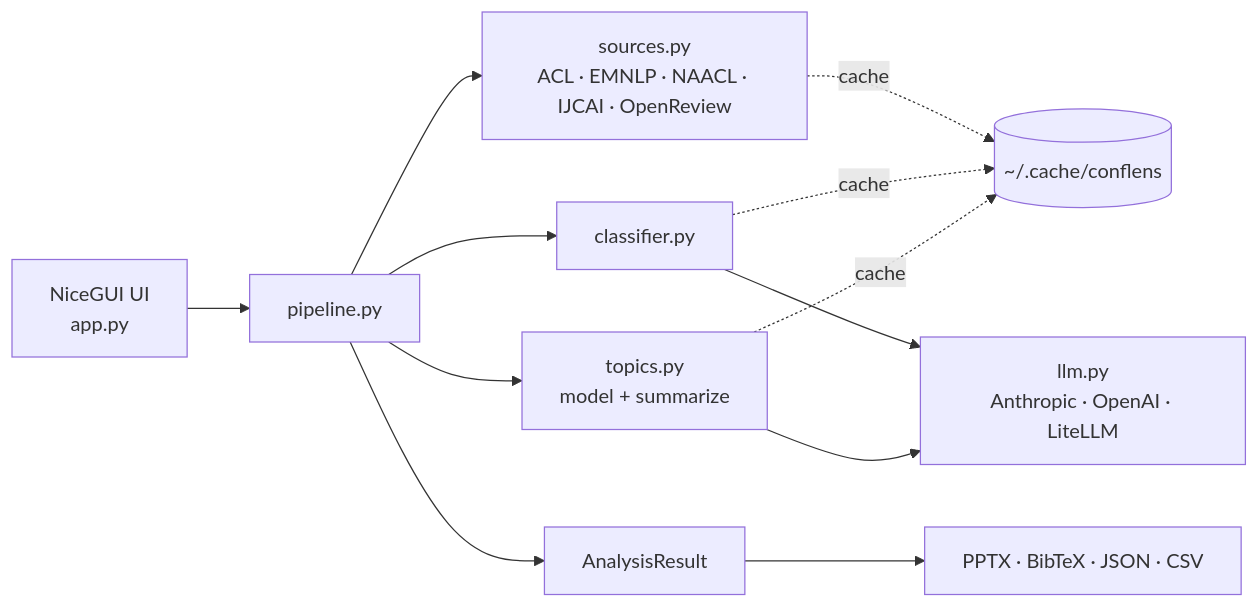
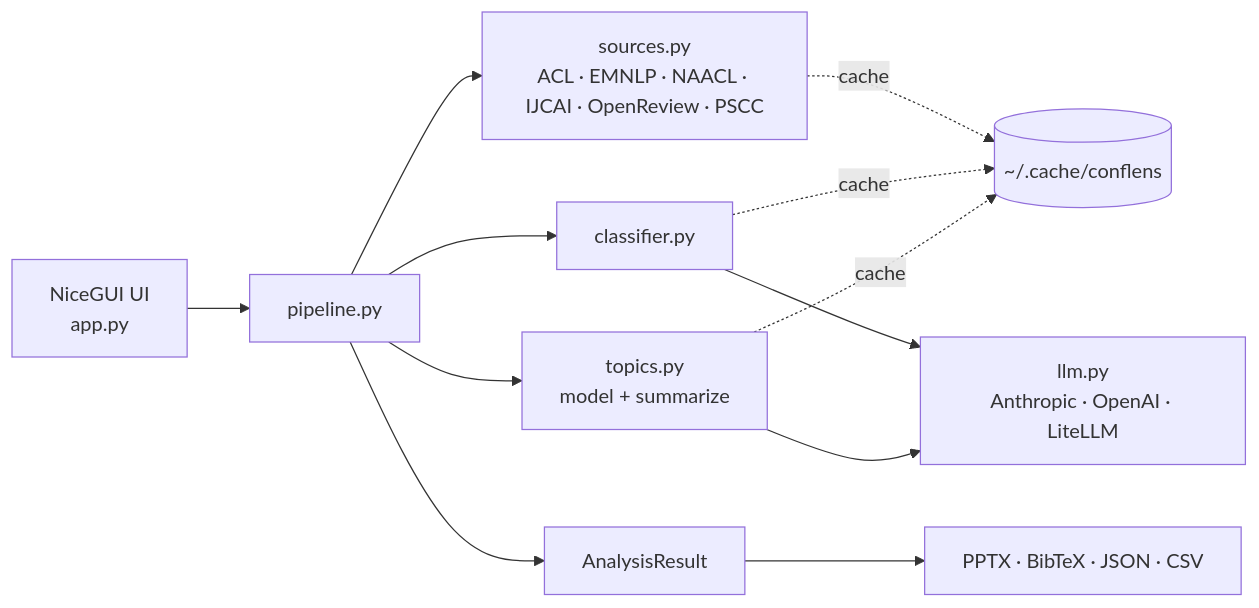
Before and after one commit to picaultj/conflens: the diagram in README.md, drawn with Mermaid. The commit also changed other lines of this file and 5 other files, not shown here.

````diff
--- a/README.md
+++ b/README.md
@@ -145,13 +148,13 @@
 ```mermaid
 flowchart LR
     UI["NiceGUI UI<br/>app.py"] --> PIPE["pipeline.py"]
-    PIPE --> SRC["sources.py<br/>ACL · EMNLP · NAACL · IJCAI · OpenReview"]
+    PIPE --> SRC["sources.py<br/>ACL · EMNLP · NAACL · IJCAI · OpenReview · PSCC"]
     PIPE --> CLS["classifier.py"]
     PIPE --> TOP["topics.py<br/>model + summarize"]
     CLS --> LLM["llm.py<br/>Anthropic · OpenAI · LiteLLM"]
     TOP --> LLM
     PIPE --> RES["AnalysisResult"] --> EXP["PPTX · BibTeX · JSON · CSV"]
     SRC -. cache .-> CACHE[("~/.cache/conflens")]
     CLS -. cache .-> CACHE
     TOP -. cache .-> CACHE
 ```
````
